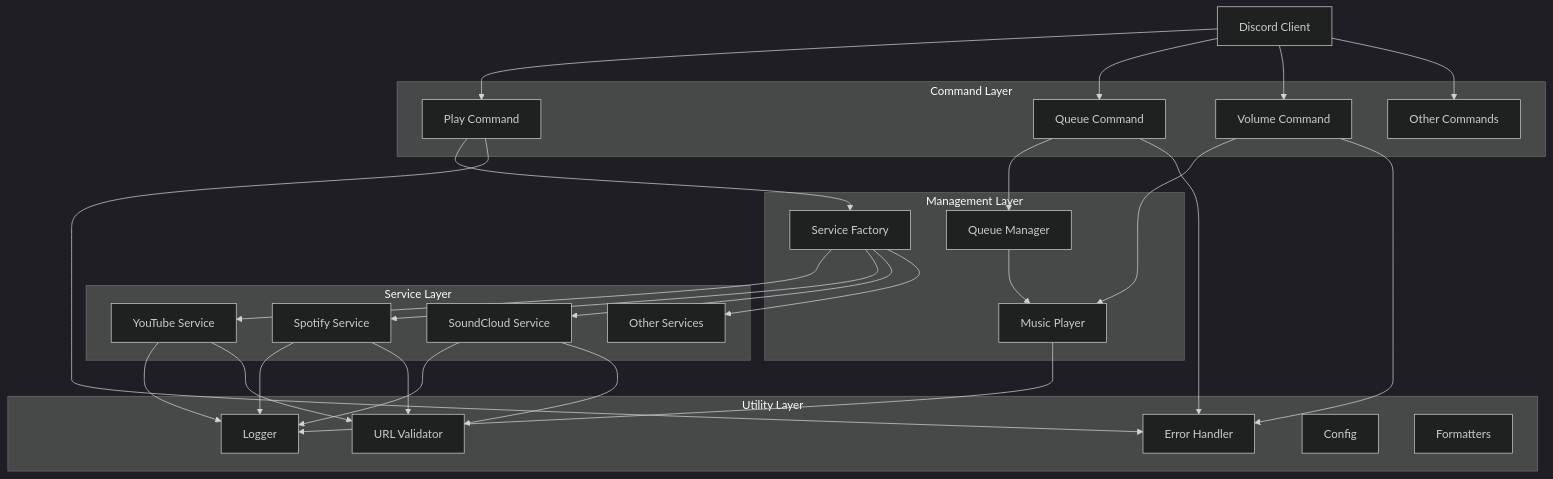
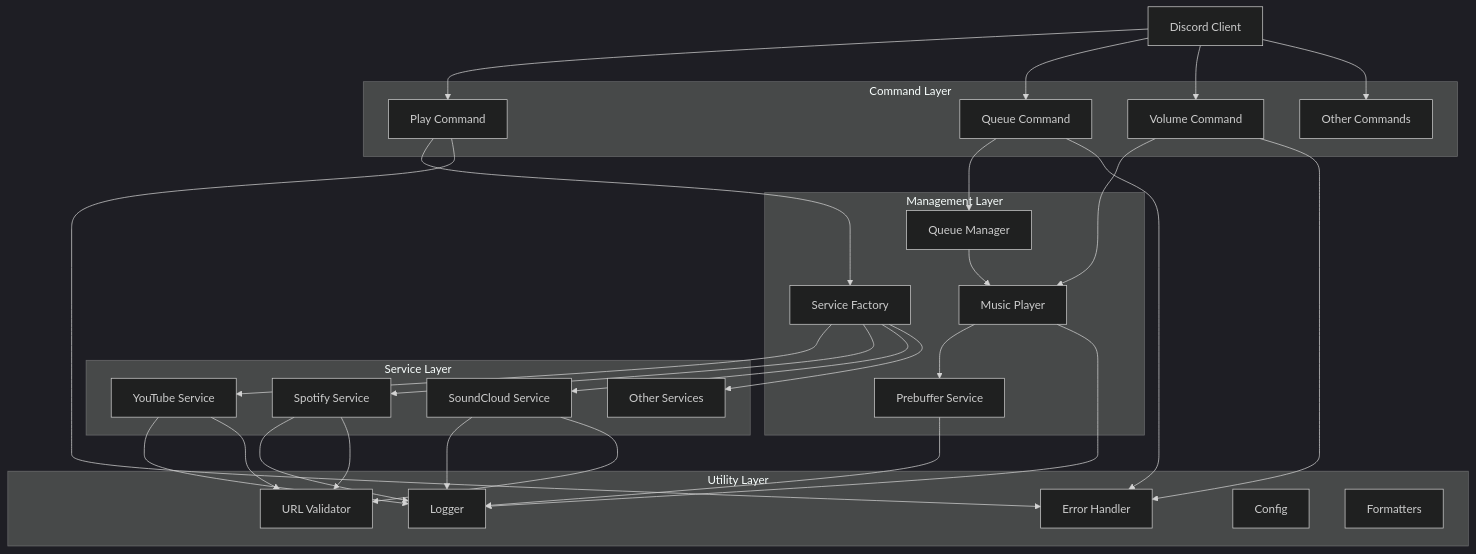
The first of 4 diagrams in wiki/Development/Architecture.md (baguilartech/AMBER), drawn with Mermaid (dark theme) before and after one commit. The commit also changed other lines of this file and 23 other files, not shown here.

````diff
--- a/wiki/Development/Architecture.md
+++ b/wiki/Development/Architecture.md
@@ -9,61 +9,64 @@
 ```mermaid
 graph TB
     DC[Discord Client] 
     
     subgraph "Command Layer"
         PC[Play Command]
         QC[Queue Command] 
         VC[Volume Command]
         OC[Other Commands]
     end
     
     subgraph "Service Layer"
         YS[YouTube Service]
         SS[Spotify Service]
         SCS[SoundCloud Service]
         OS[Other Services]
     end
     
     subgraph "Management Layer"
         QM[Queue Manager]
         MP[Music Player]
         SF[Service Factory]
+        PS[Prebuffer Service]
     end
     
     subgraph "Utility Layer"
         L[Logger]
         EH[Error Handler]
         UV[URL Validator]
         C[Config]
         F[Formatters]
     end
     
     DC --> PC
     DC --> QC
     DC --> VC
     DC --> OC
     
     PC --> SF
     QC --> QM
     VC --> MP
     
     SF --> YS
     SF --> SS
     SF --> SCS
     SF --> OS
     
     QM --> MP
+    MP --> PS
     MP --> L
+    PS --> L
     
     YS --> L
     SS --> L
     SCS --> L
     
     PC --> EH
     QC --> EH
     VC --> EH
     
     YS --> UV
     SS --> UV
     SCS --> UV
 ```
````
